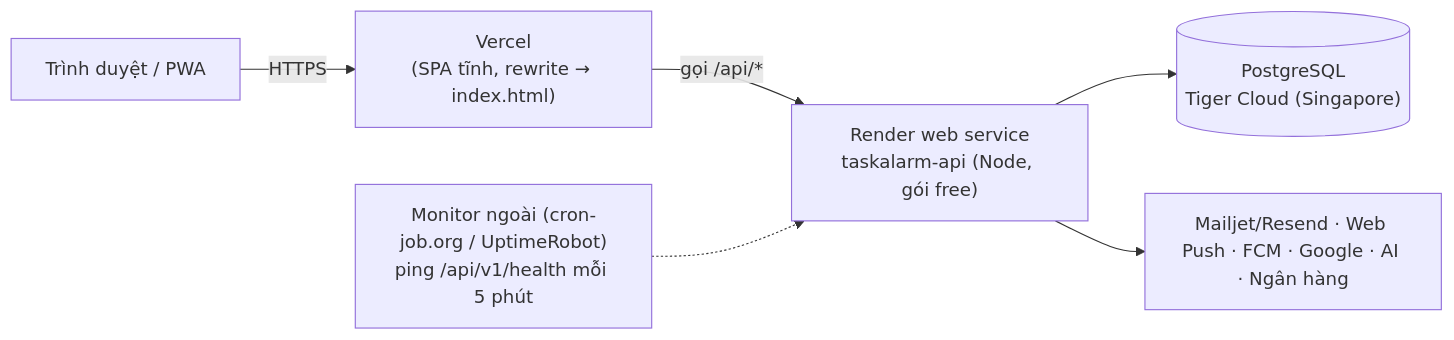
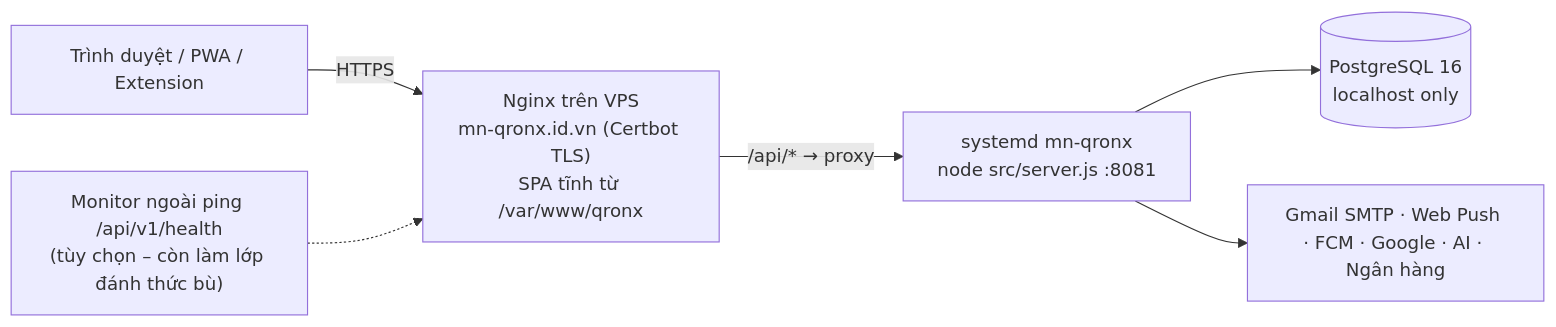
The fourth of 4 diagrams in BA/07_MN-Qronx_Architecture.md (Dieter9905/MN-Qronx), drawn with Mermaid before and after one commit. The commit also changed other lines of this file and 20 other files, not shown here.

````diff
--- a/BA/07_MN-Qronx_Architecture.md
+++ b/BA/07_MN-Qronx_Architecture.md
@@ -258,8 +260,8 @@
 ```mermaid
 flowchart LR
-    User[Trình duyệt / PWA] -->|HTTPS| Vercel["Vercel<br/>(SPA tĩnh, rewrite → index.html)"]
-    Vercel -->|"gọi /api/*"| Render["Render web service<br/>taskalarm-api (Node, gói free)"]
-    Render --> Tiger[("PostgreSQL<br/>Tiger Cloud (Singapore)")]
-    Render --> Ext["Mailjet/Resend · Web Push · FCM · Google · AI · Ngân hàng"]
-    KeepAlive["Monitor ngoài (cron-job.org / UptimeRobot)<br/>ping /api/v1/health mỗi 5 phút"] -.-> Render
+    User["Trình duyệt / PWA / Extension"] -->|HTTPS| NGINX["Nginx trên VPS<br/>mn-qronx.id.vn (Certbot TLS)<br/>SPA tĩnh từ /var/www/qronx"]
+    NGINX -->|"/api/* → proxy"| APP["systemd mn-qronx<br/>node src/server.js :8081"]
+    APP --> PG[("PostgreSQL 16<br/>localhost only")]
+    APP --> Ext["Gmail SMTP · Web Push · FCM · Google · AI · Ngân hàng"]
+    Uptime["Monitor ngoài ping /api/v1/health<br/>(tùy chọn – còn làm lớp đánh thức bù)"] -.-> NGINX
 ```
````
